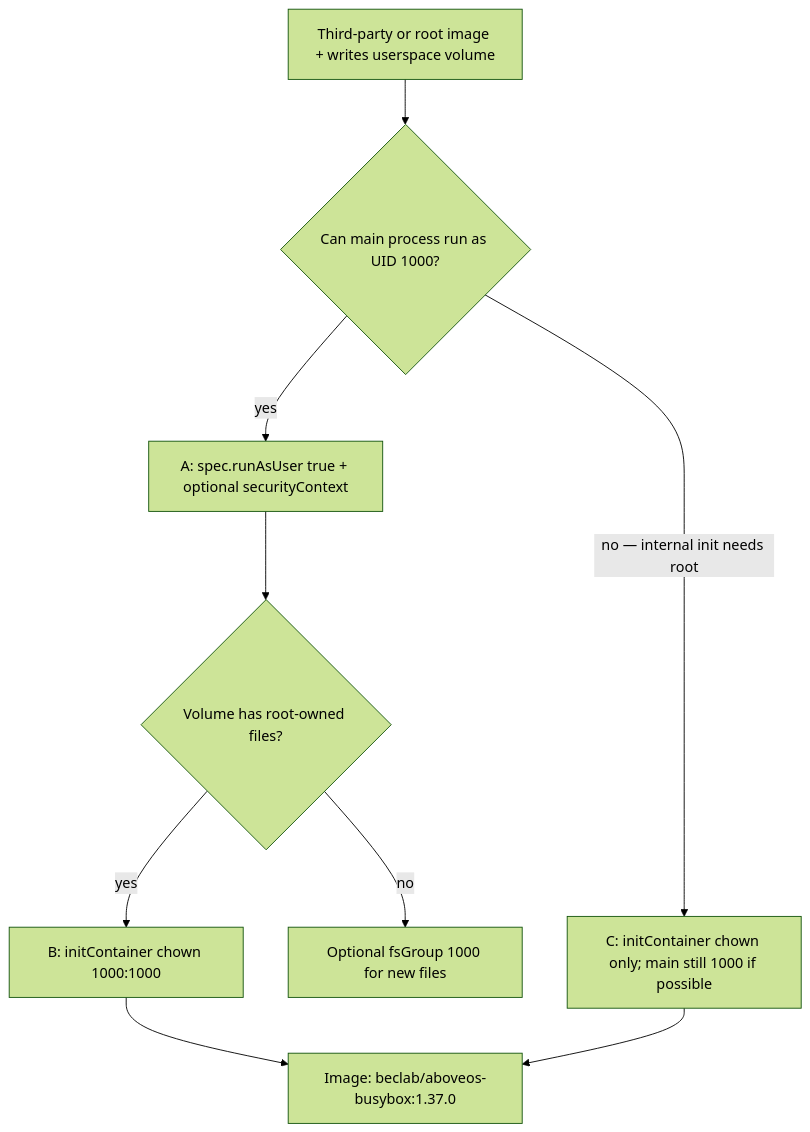
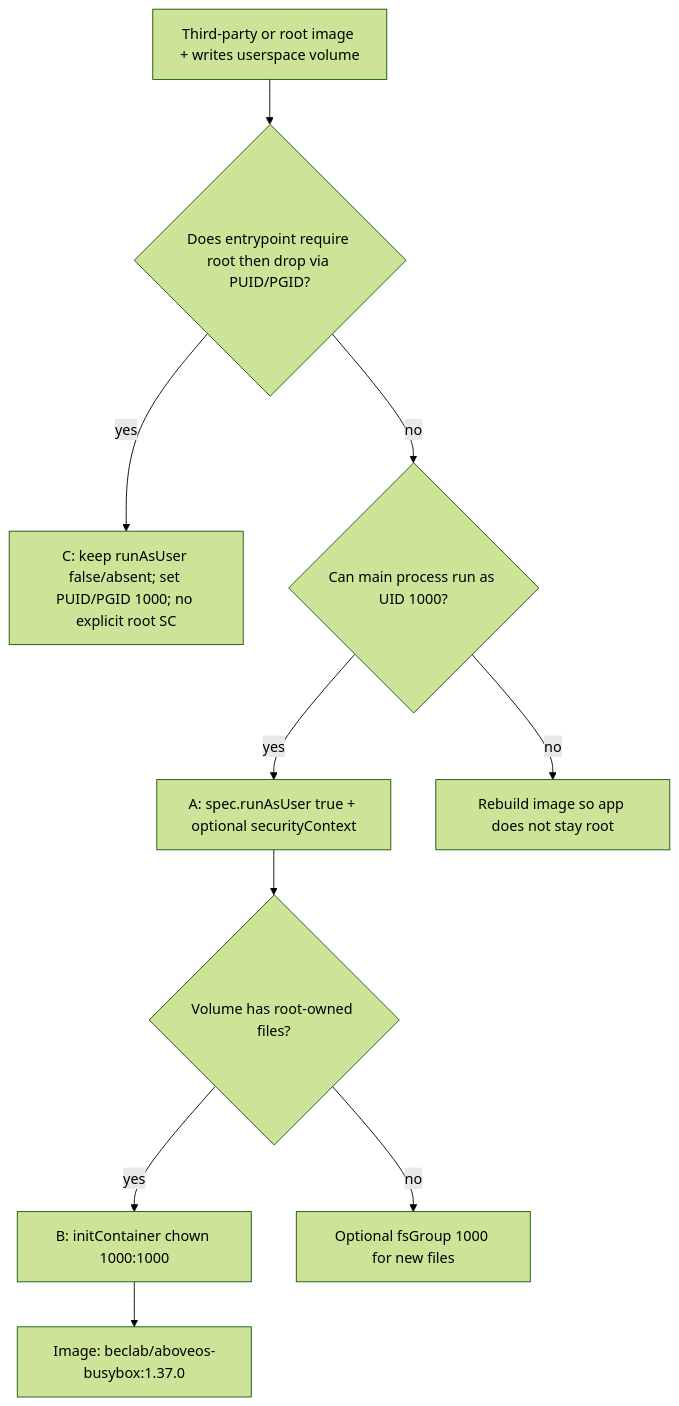
The diagram in cli/skills/olares-chart/references/olares-chart-run-as-user.md (beclab/Olares), drawn with Mermaid (forest theme) before and after one commit. The commit also changed other lines of this file and 48 other files, not shown here.

First line of the commit message:
fix(cli): align version gates, chart scaffolding, and skills (#3750)

````diff
--- a/cli/skills/olares-chart/references/olares-chart-run-as-user.md
+++ b/cli/skills/olares-chart/references/olares-chart-run-as-user.md
@@ -43,12 +47,13 @@
 ```mermaid
 flowchart TD
   start["Third-party or root image + writes userspace volume"]
-  start --> canNonRoot{"Can main process run as UID 1000?"}
+  start --> rootInit{"Does entrypoint require root then drop via PUID/PGID?"}
+  rootInit -->|yes| solC["C: keep runAsUser false/absent; set PUID/PGID 1000; no explicit root SC"]
+  rootInit -->|no| canNonRoot{"Can main process run as UID 1000?"}
   canNonRoot -->|yes| solA["A: spec.runAsUser true + optional securityContext"]
-  canNonRoot -->|no — internal init needs root| solC["C: initContainer chown only; main still 1000 if possible"]
+  canNonRoot -->|no| rebuild["Rebuild image so app does not stay root"]
   solA --> needChown{"Volume has root-owned files?"}
   needChown -->|yes| solB["B: initContainer chown 1000:1000"]
   needChown -->|no| fsGroup["Optional fsGroup 1000 for new files"]
   solB --> busyboxImg["Image: beclab/aboveos-busybox:1.37.0"]
-  solC --> busyboxImg
 ```
````
